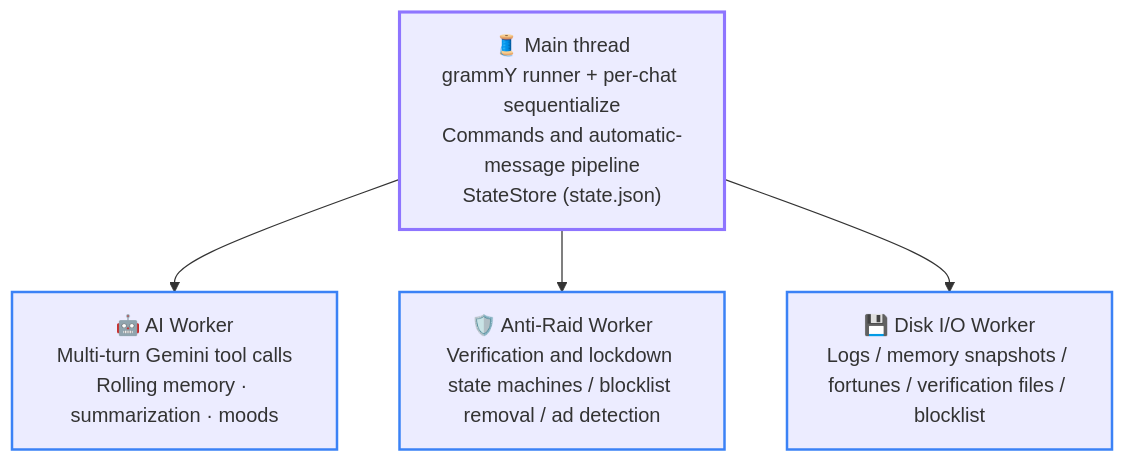
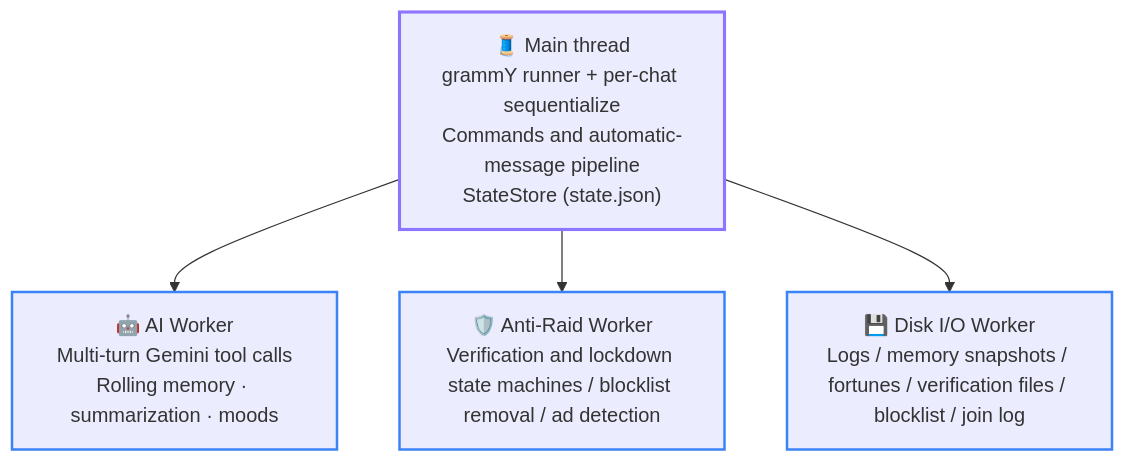
The first of 2 diagrams in docs/en/02-architecture.md (Asashishi/copy_ninjia), drawn with Mermaid before and after one commit. The commit also changed other lines of this file and 158 other files, not shown here.

````diff
--- a/docs/en/02-architecture.md
+++ b/docs/en/02-architecture.md
@@ -17,14 +17,14 @@
 ```mermaid
 flowchart TD
     classDef main stroke:#8e75ff,stroke-width:2.5px;
     classDef worker stroke:#3b82f6,stroke-width:2px;
 
     MAIN["🧵 Main thread<br/>grammY runner + per-chat sequentialize<br/>Commands and automatic-message pipeline<br/>StateStore (state.json)"]:::main
     AI["🤖 AI Worker<br/>Multi-turn Gemini tool calls<br/>Rolling memory · summarization · moods"]:::worker
     RAID["🛡️ Anti-Raid Worker<br/>Verification and lockdown state machines / blocklist removal / ad detection"]:::worker
-    DISK["💾 Disk I/O Worker<br/>Logs / memory snapshots / fortunes / verification files / blocklist"]:::worker
+    DISK["💾 Disk I/O Worker<br/>Logs / memory snapshots / fortunes / verification files / blocklist / join log"]:::worker
 
     MAIN --> AI
     MAIN --> RAID
     MAIN --> DISK
 ```
````
